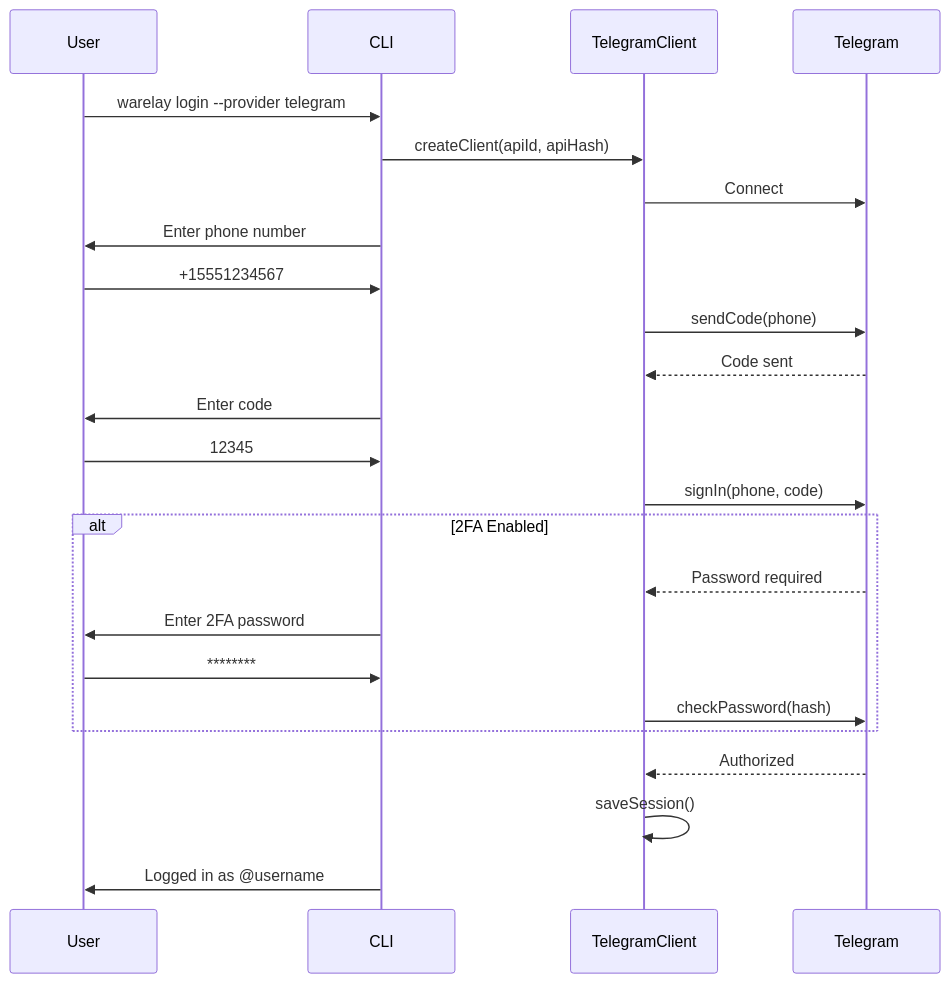
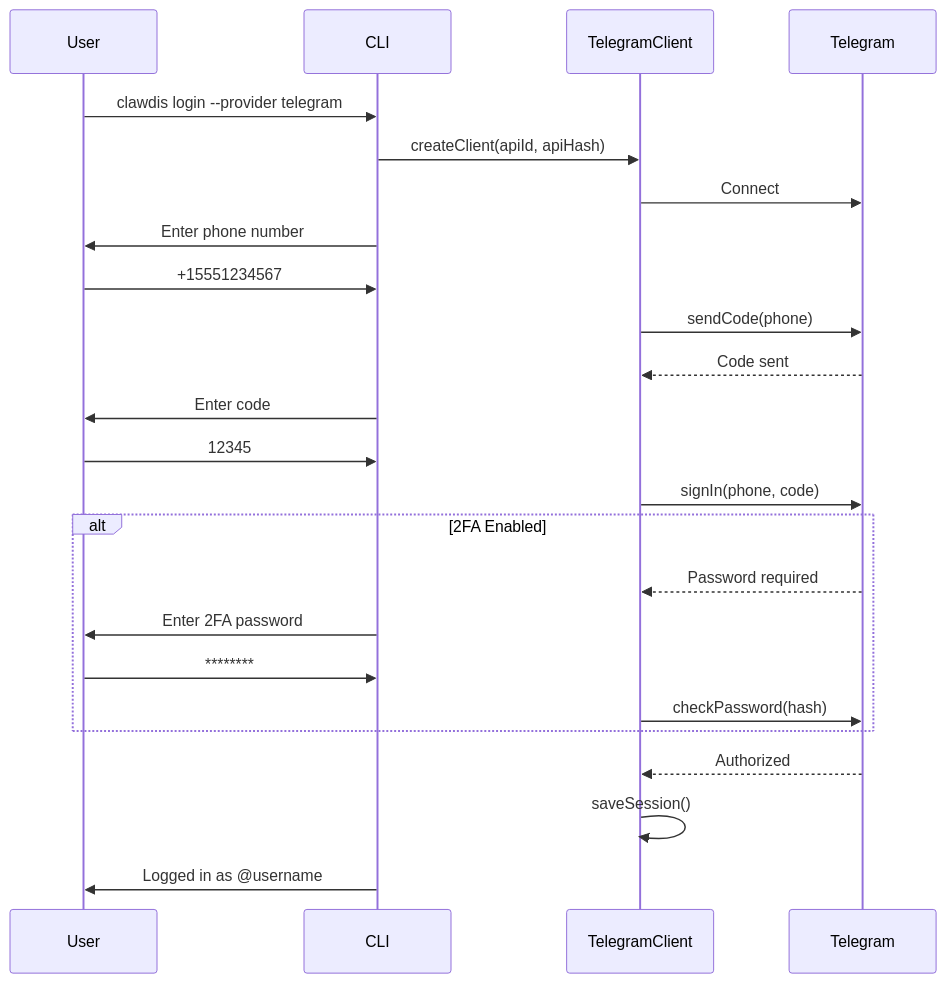
The eighth of 15 diagrams in docs/architecture/telegram-integration.md (arnemoor/tmerelay), drawn with Mermaid before and after one commit. The commit also changed other lines of this file and 2 other files, not shown here.

First line of the commit message:
refactor: remove legacy wa-twilio and wa-web provider naming

````diff
--- a/docs/architecture/telegram-integration.md
+++ b/docs/architecture/telegram-integration.md
@@ -294,29 +295,29 @@
 ```mermaid
 sequenceDiagram
   participant U as User
   participant C as CLI
   participant T as TelegramClient
   participant TG as Telegram
 
-  U->>C: warelay login --provider telegram
+  U->>C: clawdis login --provider telegram
   C->>T: createClient(apiId, apiHash)
   T->>TG: Connect
   C->>U: Enter phone number
   U->>C: +15551234567
   T->>TG: sendCode(phone)
   TG-->>T: Code sent
   C->>U: Enter code
   U->>C: 12345
   T->>TG: signIn(phone, code)
 
   alt 2FA Enabled
     TG-->>T: Password required
     C->>U: Enter 2FA password
     U->>C: ********
     T->>TG: checkPassword(hash)
   end
 
   TG-->>T: Authorized
   T->>T: saveSession()
   C->>U: Logged in as @username
 ```
````
